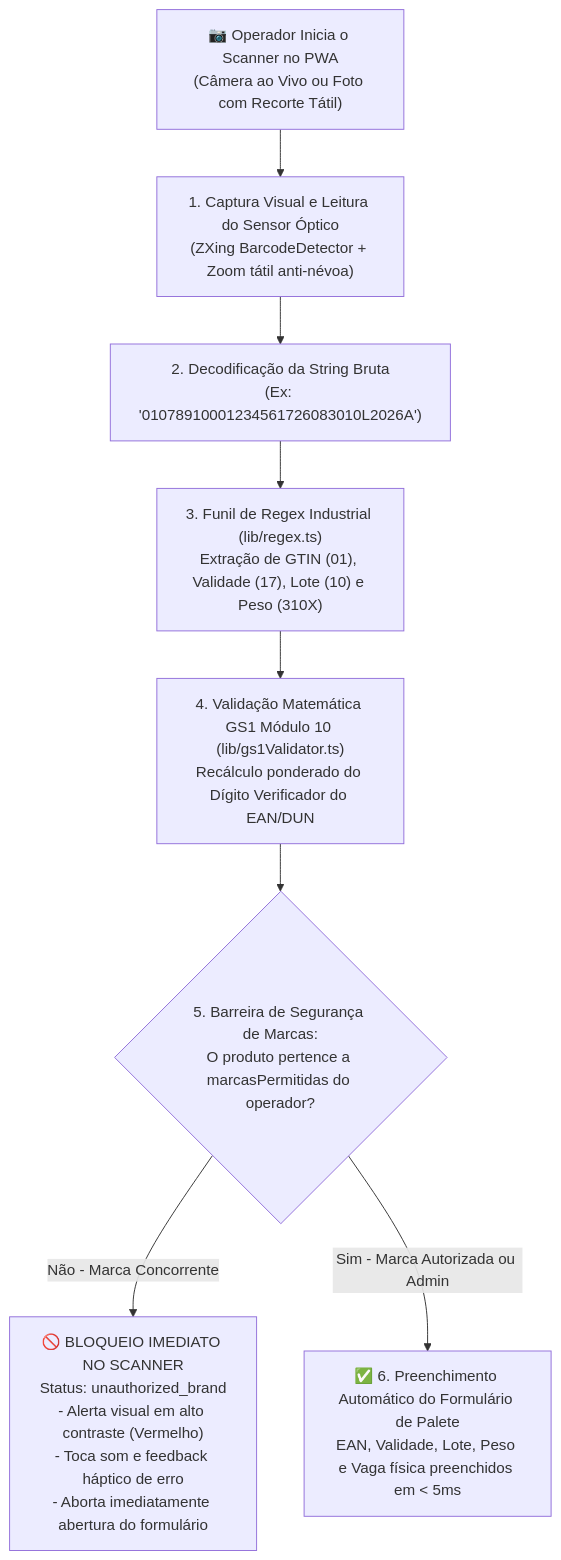
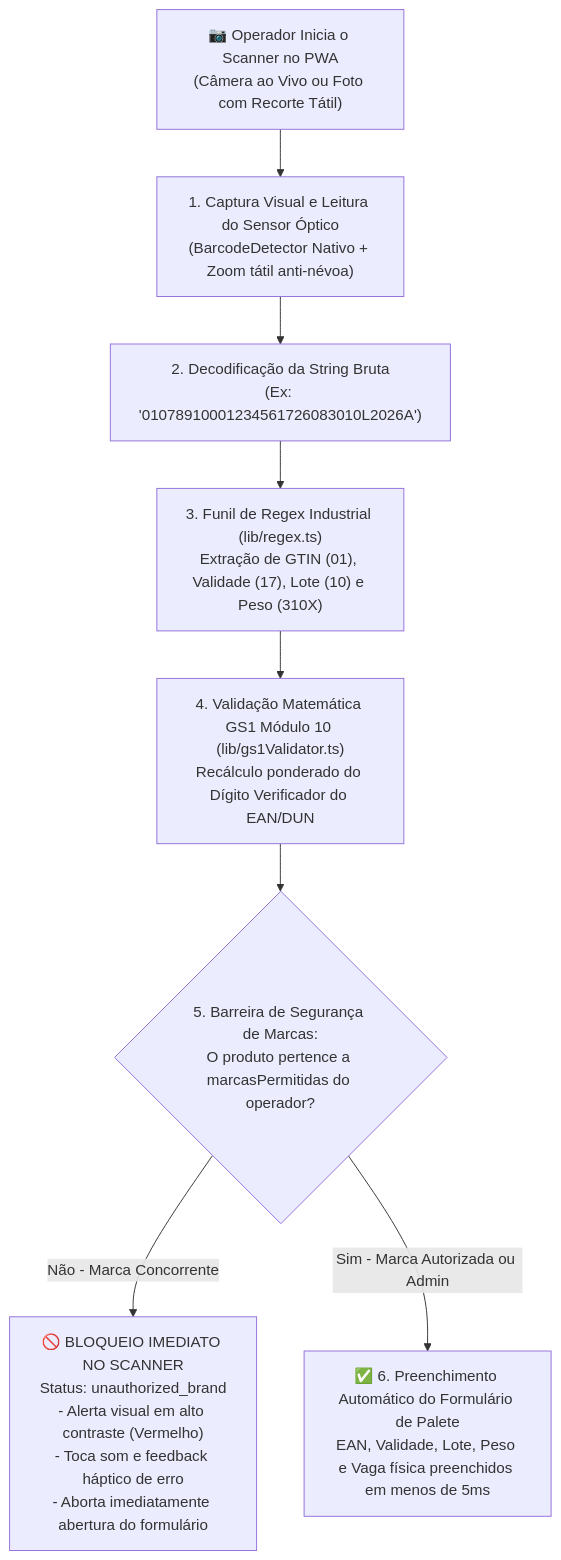
The first of 2 diagrams in docs/pwa-scanner-regex.md (NaejBarbosa/paletscan-etl), drawn with Mermaid before and after one commit. The commit also changed other lines of this file and 19 other files, not shown here.

````diff
--- a/docs/pwa-scanner-regex.md
+++ b/docs/pwa-scanner-regex.md
@@ -9,18 +9,18 @@
 ```mermaid
 flowchart TD
     START["📷 Operador Inicia o Scanner no PWA\n(Câmera ao Vivo ou Foto com Recorte Tátil)"]
     
-    START --> CAPTURE["1. Captura Visual e Leitura do Sensor Óptico\n(ZXing BarcodeDetector + Zoom tátil anti-névoa)"]
+    START --> CAPTURE["1. Captura Visual e Leitura do Sensor Óptico\n(BarcodeDetector Nativo + Zoom tátil anti-névoa)"]
     
     CAPTURE --> RAW_DEC["2. Decodificação da String Bruta\n(Ex: '01078910001234561726083010L2026A')"]
     
     RAW_DEC --> FUNNEL["3. Funil de Regex Industrial (lib/regex.ts)\nExtração de GTIN (01), Validade (17), Lote (10) e Peso (310X)"]
     
     FUNNEL --> VAL_MATH["4. Validação Matemática GS1 Módulo 10 (lib/gs1Validator.ts)\nRecálculo ponderado do Dígito Verificador do EAN/DUN"]
     
     VAL_MATH --> BRAND_GUARD{"5. Barreira de Segurança de Marcas:\nO produto pertence a marcasPermitidas do operador?"}
     
     BRAND_GUARD -->|Não - Marca Concorrente| REJECT["🚫 BLOQUEIO IMEDIATO NO SCANNER\nStatus: unauthorized_brand\n- Alerta visual em alto contraste (Vermelho)\n- Toca som e feedback háptico de erro\n- Aborta imediatamente abertura do formulário"]
     
-    BRAND_GUARD -->|Sim - Marca Autorizada ou Admin| AUTOFILL["✅ 6. Preenchimento Automático do Formulário de Palete\nEAN, Validade, Lote, Peso e Vaga física preenchidos em < 5ms"]
+    BRAND_GUARD -->|Sim - Marca Autorizada ou Admin| AUTOFILL["✅ 6. Preenchimento Automático do Formulário de Palete\nEAN, Validade, Lote, Peso e Vaga física preenchidos em menos de 5ms"]
 ```
````
